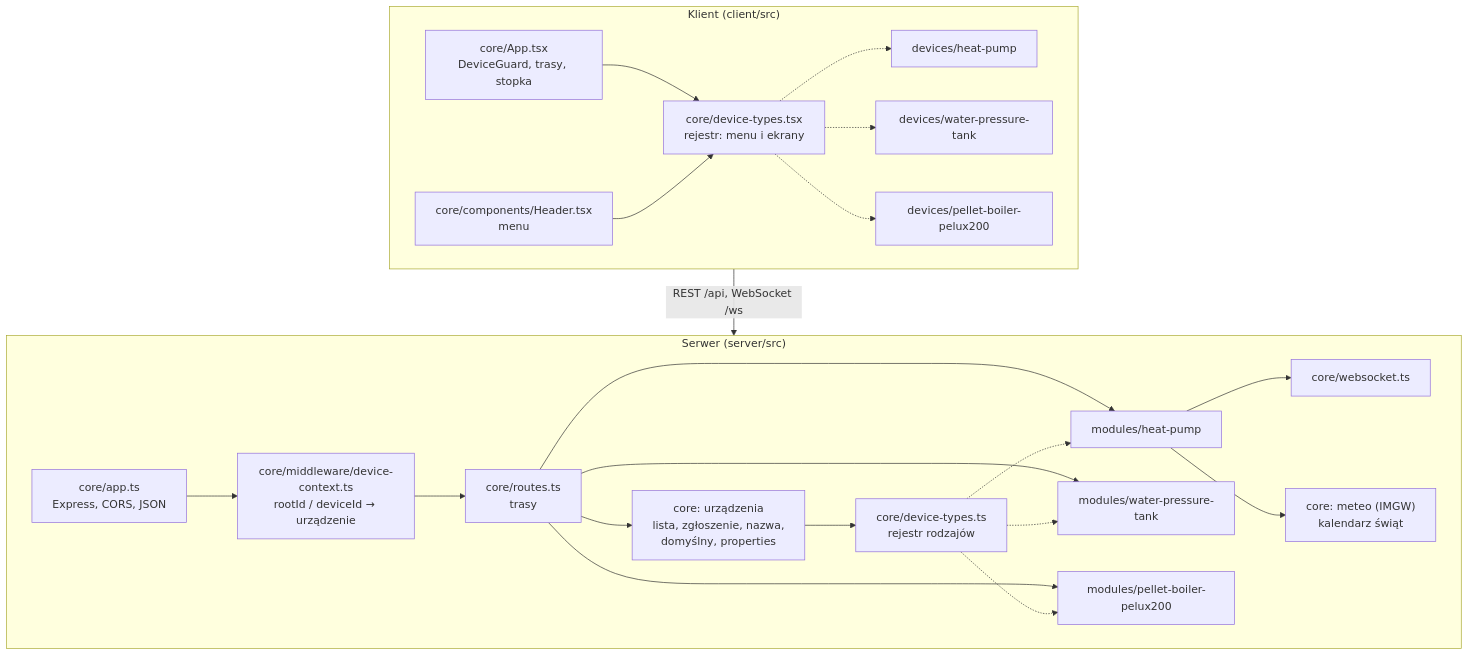
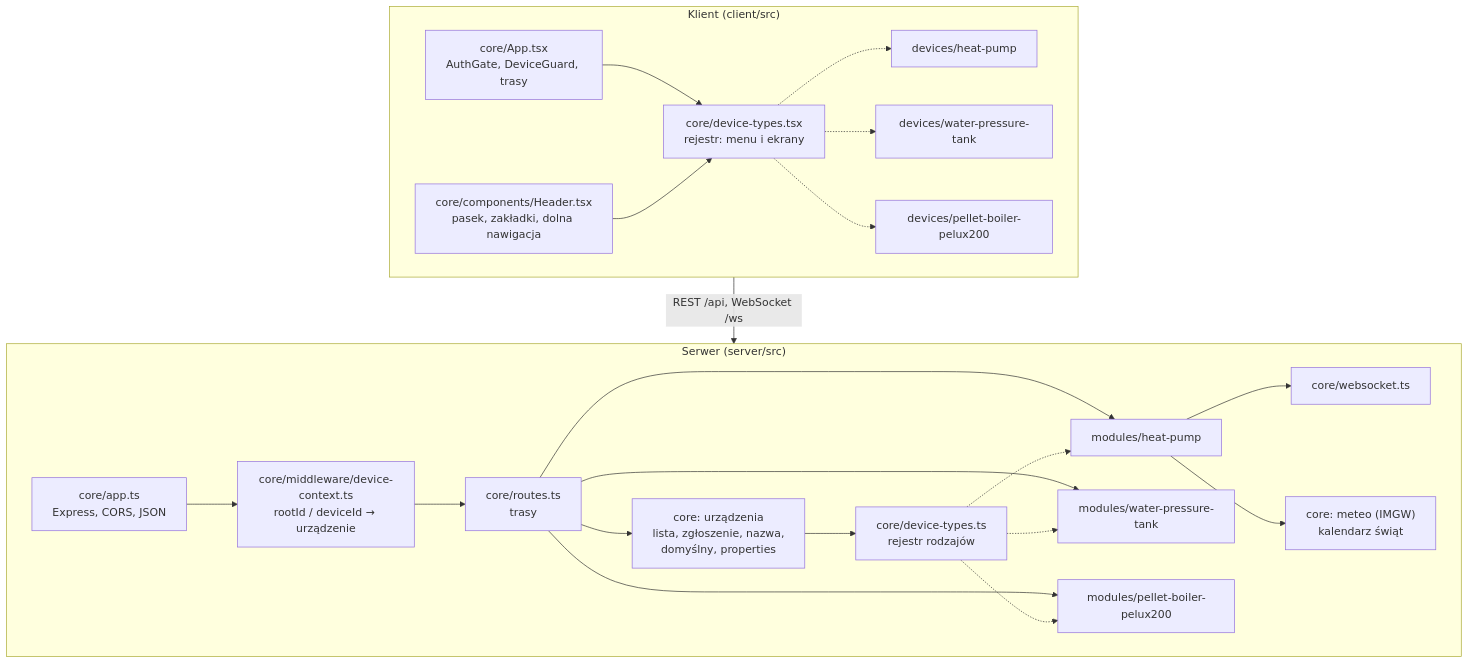
Before and after one commit to robertorlowski/chpc-web: the first of 6 diagrams in docs/moduly/core/2-zasada-dzialania.md, drawn with Mermaid. The commit also changed other lines of this file and 79 other files, not shown here.

````diff
--- a/docs/moduly/core/2-zasada-dzialania.md
+++ b/docs/moduly/core/2-zasada-dzialania.md
@@ -9,40 +9,40 @@
 ```mermaid
 flowchart TB
     subgraph Serwer["Serwer (server/src)"]
         APP["core/app.ts<br/>Express, CORS, JSON"]
         CTX["core/middleware/device-context.ts<br/>rootId / deviceId → urządzenie"]
         RT["core/routes.ts<br/>trasy"]
         DEV["core: urządzenia<br/>lista, zgłoszenie, nazwa,<br/>domyślny, properties"]
         REG["core/device-types.ts<br/>rejestr rodzajów"]
         HPM["modules/heat-pump"]
         WPT["modules/water-pressure-tank"]
         PBM["modules/pellet-boiler-pelux200"]
         WS["core/websocket.ts"]
         MET["core: meteo (IMGW)<br/>kalendarz świąt"]
         APP --> CTX --> RT
         RT --> DEV
         RT --> HPM
         RT --> WPT
         RT --> PBM
         DEV --> REG
         REG -.-> HPM
         REG -.-> WPT
         REG -.-> PBM
         HPM --> WS
         HPM --> MET
     end
     subgraph Klient["Klient (client/src)"]
-        CAPP["core/App.tsx<br/>DeviceGuard, trasy, stopka"]
+        CAPP["core/App.tsx<br/>AuthGate, DeviceGuard, trasy"]
         CREG["core/device-types.tsx<br/>rejestr: menu i ekrany"]
-        HDR["core/components/Header.tsx<br/>menu"]
+        HDR["core/components/Header.tsx<br/>pasek, zakładki, dolna nawigacja"]
         CHP["devices/heat-pump"]
         CWP["devices/water-pressure-tank"]
         CPB["devices/pellet-boiler-pelux200"]
         CAPP --> CREG
         HDR --> CREG
         CREG -.-> CHP
         CREG -.-> CWP
         CREG -.-> CPB
     end
     Klient -- "REST /api, WebSocket /ws" --> Serwer
 ```
````
